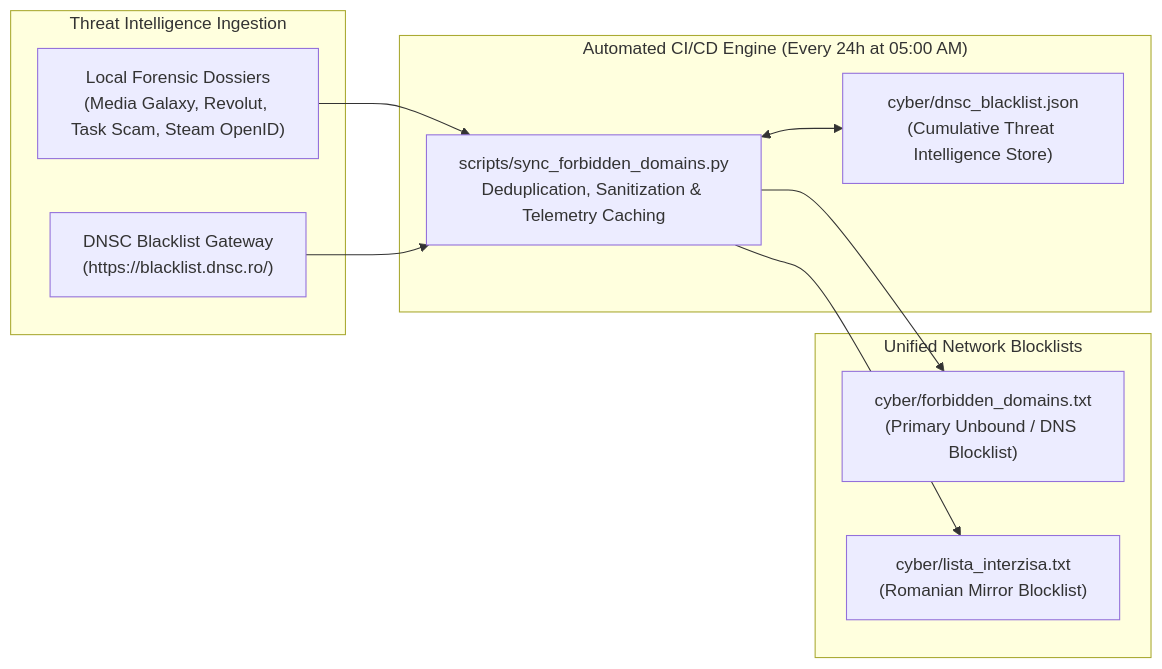
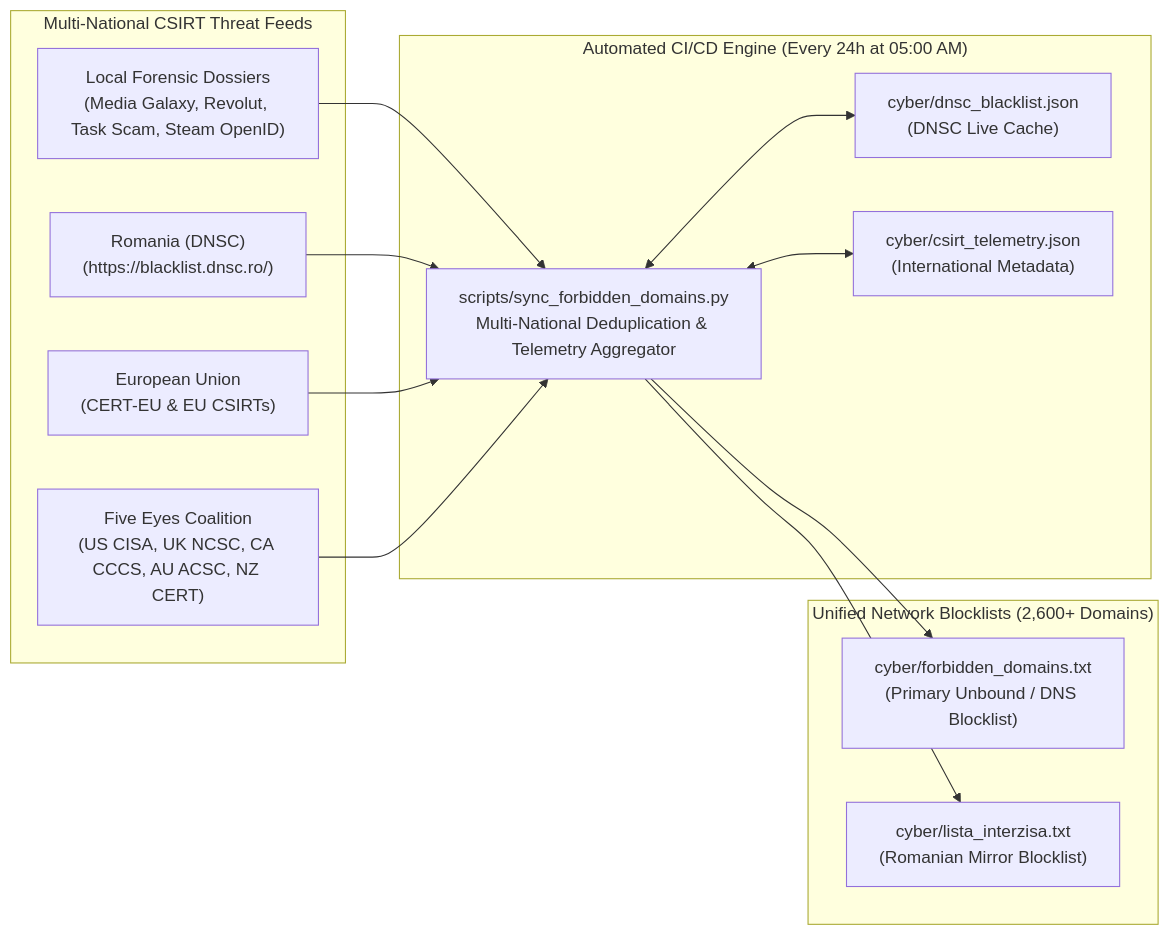
The third of 3 diagrams in cyber/README.md (stefanutc1/infrastructure), drawn with Mermaid before and after one commit. The commit also changed other lines of this file and 7 other files, not shown here.

Commit message:
feat(cyber): expand threat intel to EU & Five Eyes CSIRTs, forward all OPNsense traffic to Wazuh, and scale JVM heap to 4GB

````diff
--- a/cyber/README.md
+++ b/cyber/README.md
@@ -186,23 +193,29 @@
 ```mermaid
 flowchart LR
-    subgraph INTAKE["Threat Intelligence Ingestion"]
+    subgraph INTAKE["Multi-National CSIRT Threat Feeds"]
         LOC["Local Forensic Dossiers<br/>(Media Galaxy, Revolut, Task Scam, Steam OpenID)"]
-        DNSC["DNSC Blacklist Gateway<br/>(https://blacklist.dnsc.ro/)"]
+        DNSC["Romania (DNSC)<br/>(https://blacklist.dnsc.ro/)"]
+        EU["European Union<br/>(CERT-EU & EU CSIRTs)"]
+        FIVEY["Five Eyes Coalition<br/>(US CISA, UK NCSC, CA CCCS, AU ACSC, NZ CERT)"]
     end
 
     subgraph ENGINE["Automated CI/CD Engine (Every 24h at 05:00 AM)"]
-        SYNC["scripts/sync_forbidden_domains.py<br/>Deduplication, Sanitization & Telemetry Caching"]
-        CACHE["cyber/dnsc_blacklist.json<br/>(Cumulative Threat Intelligence Store)"]
+        SYNC["scripts/sync_forbidden_domains.py<br/>Multi-National Deduplication & Telemetry Aggregator"]
+        CACHE["cyber/dnsc_blacklist.json<br/>(DNSC Live Cache)"]
+        CSIRT["cyber/csirt_telemetry.json<br/>(International Metadata)"]
         SYNC <--> CACHE
+        SYNC <--> CSIRT
     end
 
-    subgraph OUTPUT["Unified Network Blocklists"]
+    subgraph OUTPUT["Unified Network Blocklists (2,600+ Domains)"]
         OUT1["cyber/forbidden_domains.txt<br/>(Primary Unbound / DNS Blocklist)"]
         OUT2["cyber/lista_interzisa.txt<br/>(Romanian Mirror Blocklist)"]
         SYNC --> OUT1
         SYNC --> OUT2
     end
 
     LOC --> SYNC
     DNSC --> SYNC
+    EU --> SYNC
+    FIVEY --> SYNC
 ```
````
